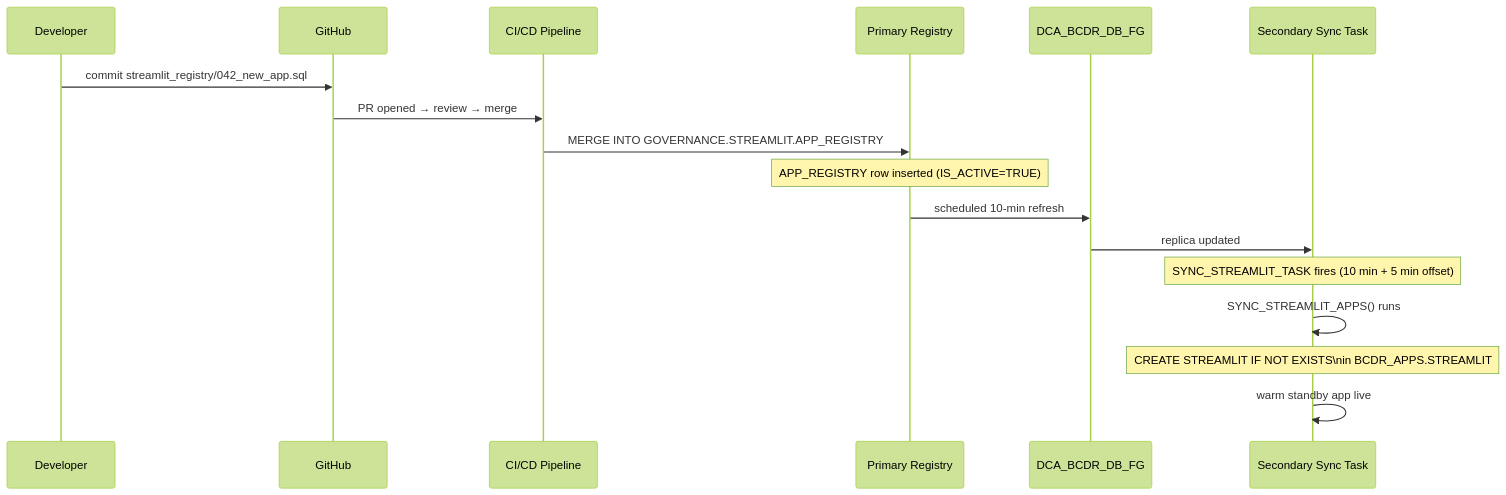
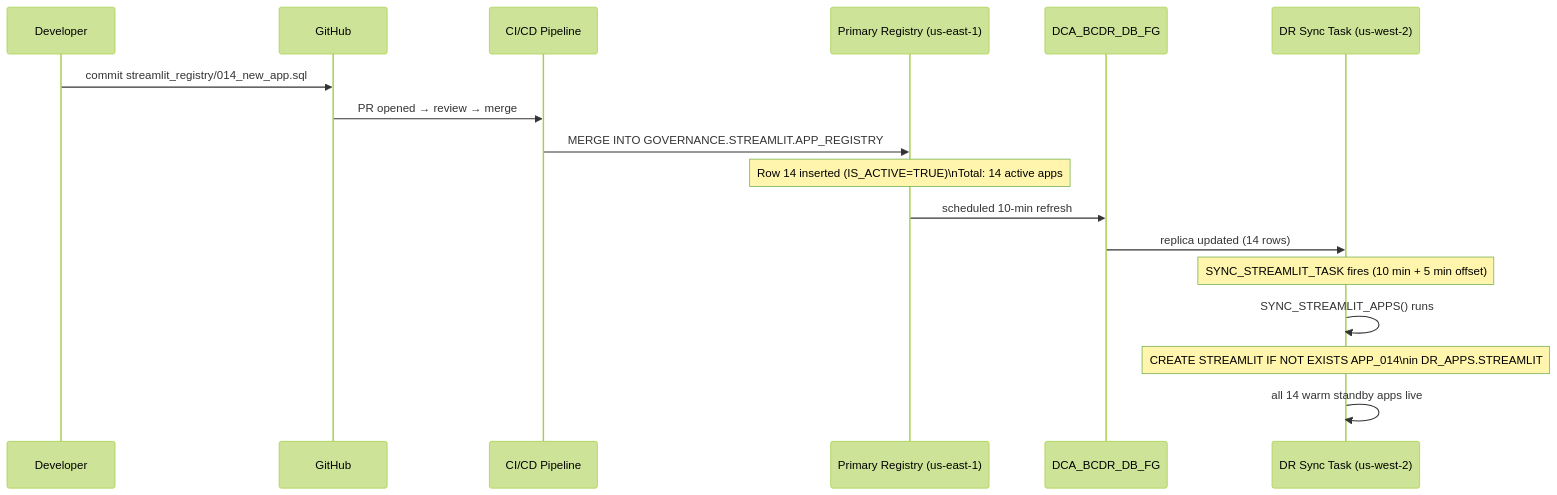
Before and after one commit to sfc-gh-smitchener-1/snowflake-dca-fullstack-demo: the third of 5 diagrams in docs/BCDR_STREAMLIT_REGISTRY_PATTERN.md, drawn with Mermaid (forest theme). The commit also changed other lines of this file, not shown here.

````diff
--- a/docs/BCDR_STREAMLIT_REGISTRY_PATTERN.md
+++ b/docs/BCDR_STREAMLIT_REGISTRY_PATTERN.md
@@ -141,20 +241,20 @@
 ```mermaid
 sequenceDiagram
     participant DEV as Developer
     participant GIT as GitHub
     participant CICD as CI/CD Pipeline
-    participant PRI as Primary Registry
+    participant PRI as Primary Registry (us-east-1)
     participant FG as DCA_BCDR_DB_FG
-    participant SEC as Secondary Sync Task
+    participant SEC as DR Sync Task (us-west-2)
 
-    DEV->>GIT: commit streamlit_registry/042_new_app.sql
+    DEV->>GIT: commit streamlit_registry/014_new_app.sql
     GIT->>CICD: PR opened → review → merge
     CICD->>PRI: MERGE INTO GOVERNANCE.STREAMLIT.APP_REGISTRY
-    Note over PRI: APP_REGISTRY row inserted (IS_ACTIVE=TRUE)
+    Note over PRI: Row 14 inserted (IS_ACTIVE=TRUE)\nTotal: 14 active apps
     PRI->>FG: scheduled 10-min refresh
-    FG->>SEC: replica updated
+    FG->>SEC: replica updated (14 rows)
     Note over SEC: SYNC_STREAMLIT_TASK fires (10 min + 5 min offset)
     SEC->>SEC: SYNC_STREAMLIT_APPS() runs
-    Note over SEC: CREATE STREAMLIT IF NOT EXISTS\nin BCDR_APPS.STREAMLIT
-    SEC->>SEC: warm standby app live
+    Note over SEC: CREATE STREAMLIT IF NOT EXISTS APP_014\nin DR_APPS.STREAMLIT
+    SEC->>SEC: all 14 warm standby apps live
 ```
````
